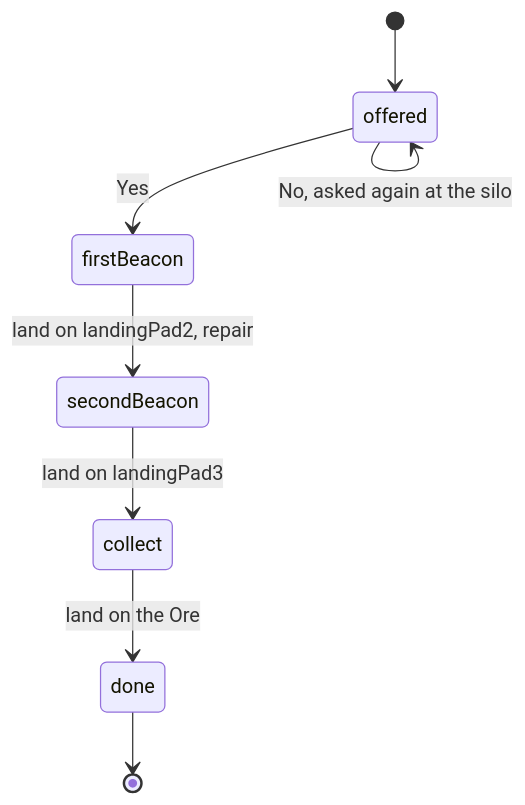
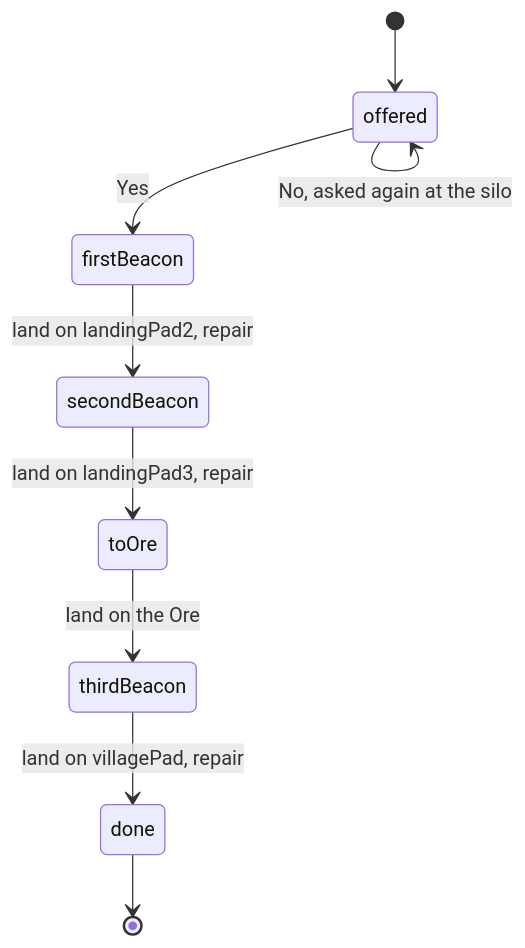
Before and after one commit to stfrha/leapfrog: the second of 3 diagrams in leapfrog-game/documentation/lua_guide.md, drawn with Mermaid. The commit also changed other lines of this file and 34 other files, not shown here.

Commit message:
Corrected tests and fine tuned the home scene for the new landing pad

````diff
--- a/leapfrog-game/documentation/lua_guide.md
+++ b/leapfrog-game/documentation/lua_guide.md
@@ -108,10 +109,11 @@
 ```mermaid
 stateDiagram-v2
     [*] --> offered
     offered --> offered: No, asked again at the silo
     offered --> firstBeacon: Yes
     firstBeacon --> secondBeacon: land on landingPad2, repair
-    secondBeacon --> collect: land on landingPad3
-    collect --> done: land on the Ore
+    secondBeacon --> toOre: land on landingPad3, repair
+    toOre --> thirdBeacon: land on the Ore
+    thirdBeacon --> done: land on villagePad, repair
     done --> [*]
 ```
````
